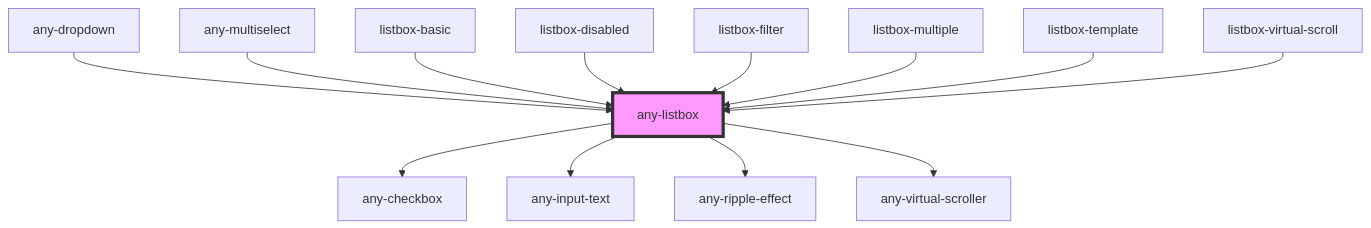
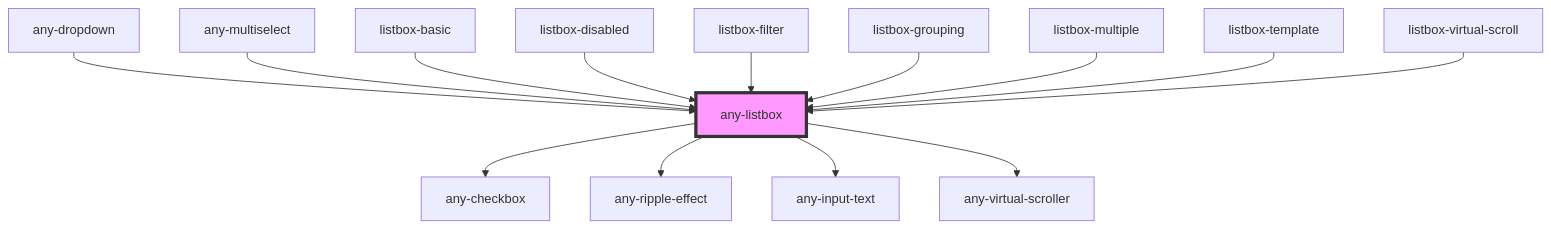
Before and after one commit to adaleks/anywhere-ui: the diagram in packages/core/src/components/listbox/readme.md, drawn with Mermaid. The commit also changed other lines of this file and 32 other files, not shown here.

First line of the commit message:
feat(listbox): render grouped options and add a grouping demo (#105)

````diff
--- a/packages/core/src/components/listbox/readme.md
+++ b/packages/core/src/components/listbox/readme.md
@@ -133,16 +135,17 @@
 ```mermaid
 graph TD;
   any-listbox --> any-checkbox
+  any-listbox --> any-ripple-effect
   any-listbox --> any-input-text
-  any-listbox --> any-ripple-effect
   any-listbox --> any-virtual-scroller
   any-dropdown --> any-listbox
   any-multiselect --> any-listbox
   listbox-basic --> any-listbox
   listbox-disabled --> any-listbox
   listbox-filter --> any-listbox
+  listbox-grouping --> any-listbox
   listbox-multiple --> any-listbox
   listbox-template --> any-listbox
   listbox-virtual-scroll --> any-listbox
   style any-listbox fill:#f9f,stroke:#333,stroke-width:4px
 ```
````
